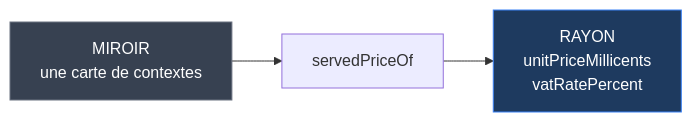
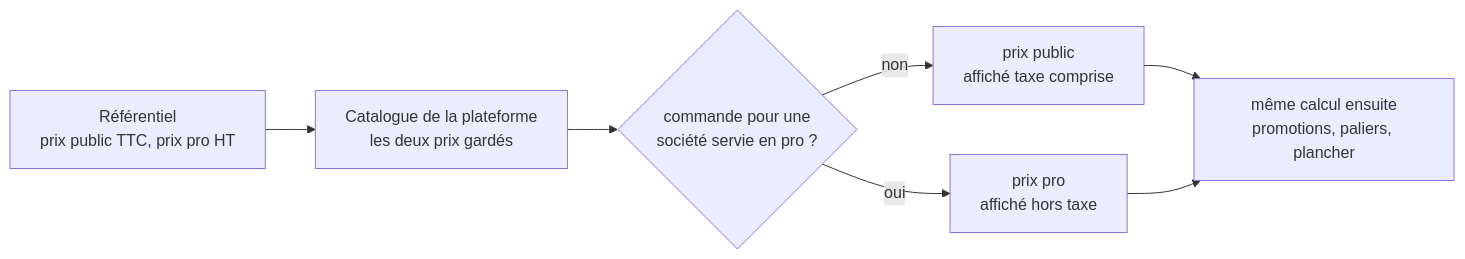
Before and after one commit to hugoheynard/lfd: the diagram in documentation/pricing/boutique-et-panier/chemin-du-prix-public.md, drawn with Mermaid. The commit also changed other lines of this file and 1 other file, not shown here.

First line of the commit message:
docs(pricing): le chemin du prix public, réécrit contre le code

````diff
--- a/documentation/pricing/boutique-et-panier/chemin-du-prix-public.md
+++ b/documentation/pricing/boutique-et-panier/chemin-du-prix-public.md
@@ -97,10 +22,9 @@
 ```mermaid
 flowchart LR
-  A["MIROIR<br/>une carte de contextes"] --> B["servedPriceOf"]
-  B --> C["RAYON<br/>unitPriceMillicents<br/>vatRatePercent"]
-
-  classDef carte fill:#374151,stroke:#6b7280,color:#fff
-  classDef un fill:#1e3a5f,stroke:#3b82f6,color:#fff
-  class A carte
-  class C un
+  S["Référentiel<br/>prix public TTC, prix pro HT"] --> M["Catalogue de la plateforme<br/>les deux prix gardés"]
+  M --> Q{"commande pour une<br/>société servie en pro ?"}
+  Q -->|non| PUB["prix public<br/>affiché taxe comprise"]
+  Q -->|oui| PRO["prix pro<br/>affiché hors taxe"]
+  PUB --> C["même calcul ensuite<br/>promotions, paliers, plancher"]
+  PRO --> C
 ```
````
